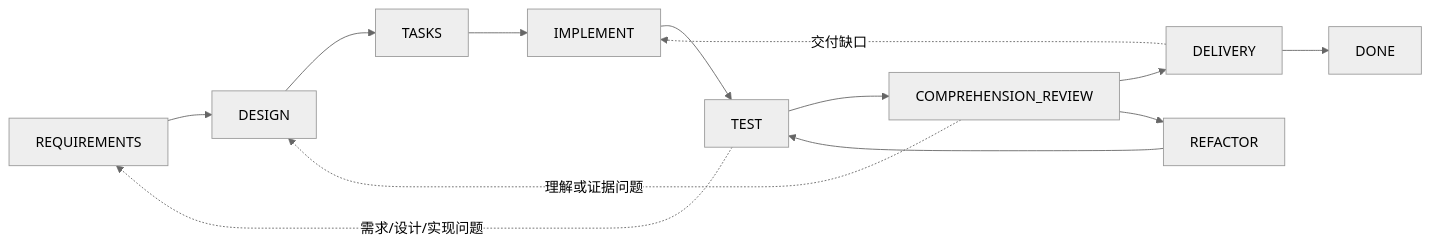
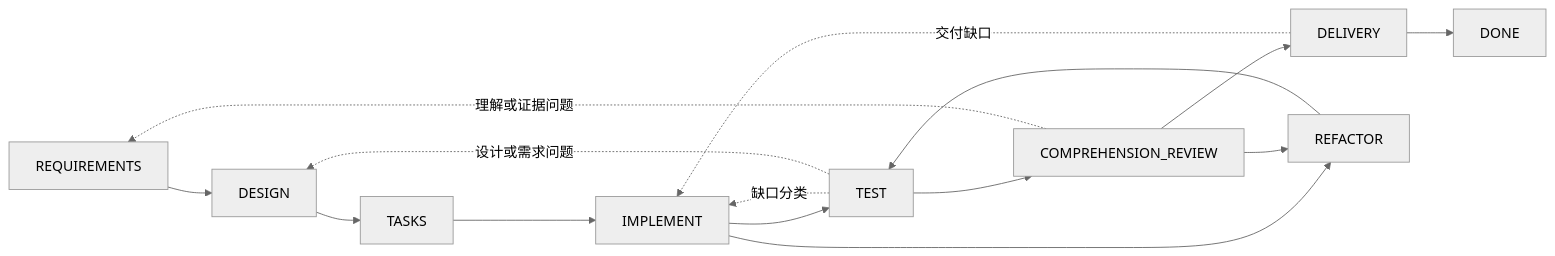
The diagram in README.md (Innocent-children/dev-flow), drawn with Mermaid (neutral theme) before and after one commit. The commit also changed other lines of this file and 19 other files, not shown here.

````diff
--- a/README.md
+++ b/README.md
@@ -23,15 +85,17 @@
 ```mermaid
 flowchart LR
     R[REQUIREMENTS] --> D[DESIGN]
     D --> T[TASKS]
     T --> I[IMPLEMENT]
     I --> V[TEST]
     V --> C[COMPREHENSION_REVIEW]
     C --> L[DELIVERY]
     L --> O[DONE]
-    C --> F[REFACTOR]
+    I --> F[REFACTOR]
+    C --> F
     F --> V
-    V -. 需求/设计/实现问题 .-> R
-    C -. 理解或证据问题 .-> D
+    V -. 缺口分类 .-> I
+    V -. 设计或需求问题 .-> D
+    C -. 理解或证据问题 .-> R
     L -. 交付缺口 .-> I
 ```
````
